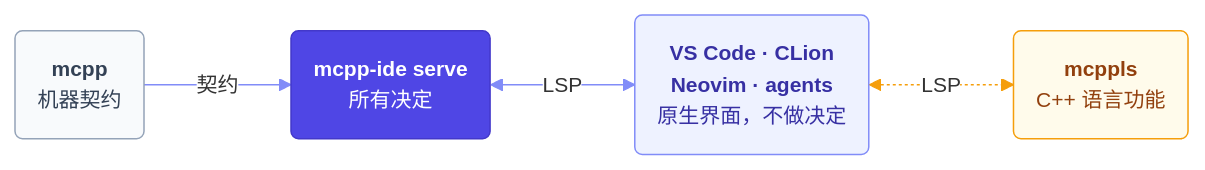
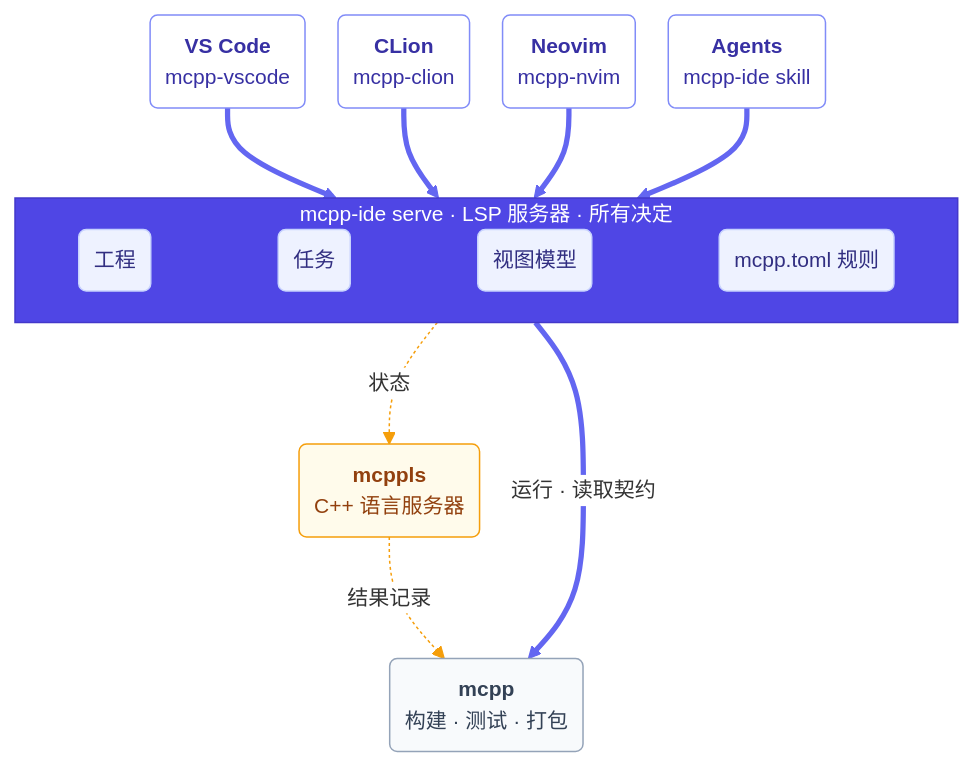
The diagram in README.zh-CN.md (mcpp-community/mcpp-ide), drawn with Mermaid before and after one commit. The commit also changed 2 other files, not shown here.

Commit message:
docs: the architecture as layers, each editor its own client
- The README's diagram is layered: the clients on top, each editor (VS Code, CLion, Neovim) and
  agents a node of its own with its own connection; the backend, mcpp-ide serve, as the layer every
  decision lives in, with its parts (projects, jobs, view models, the rules of mcpp.toml); mcpp at
  the bottom, which the backend runs and whose contract it reads; mcppls beside it, whose status the
  backend asks and which reads mcpp's result record.
- Colour carries ownership: indigo for mcpp-ide, amber for mcppls, slate for mcpp. Flowcharts draw
  curves again.

````diff
--- a/README.zh-CN.md
+++ b/README.zh-CN.md
@@ -28,14 +28,24 @@
 ```mermaid
-%%{init: {"theme": "base", "flowchart": {"curve": "linear", "rankSpacing": 70}, "themeVariables": {"fontFamily": "ui-sans-serif, system-ui, -apple-system, Segoe UI, sans-serif", "fontSize": "14px", "lineColor": "#818cf8", "edgeLabelBackground": "#ffffff"}}}%%
-flowchart LR
-    mcpp("<b>mcpp</b><br/>机器契约"):::ext
-    serve("<b>mcpp-ide serve</b><br/>所有决定"):::core
-    clients("<b>VS Code · CLion<br/>Neovim · agents</b><br/>原生界面，不做决定"):::ide
-    mcppls("<b>mcppls</b><br/>C++ 语言功能"):::ls
-    mcpp -- 契约 --> serve <-- LSP --> clients <-. LSP .-> mcppls
+%%{init: {"theme": "base", "flowchart": {"curve": "basis", "nodeSpacing": 22, "rankSpacing": 60, "padding": 10}, "themeVariables": {"fontFamily": "ui-sans-serif, system-ui, -apple-system, Segoe UI, sans-serif", "fontSize": "14px", "lineColor": "#6366f1", "edgeLabelBackground": "#ffffff"}}}%%
+flowchart TB
+    vscode("<b>VS Code</b><br/>mcpp-vscode"):::ide
+    clion("<b>CLion</b><br/>mcpp-clion"):::ide
+    nvim("<b>Neovim</b><br/>mcpp-nvim"):::ide
+    agent("<b>Agents</b><br/>mcpp-ide skill"):::ide
+    subgraph backend ["mcpp-ide serve · LSP 服务器 · 所有决定"]
+        direction LR
+        projects("工程"):::part ~~~ jobs("任务"):::part ~~~ views("视图模型"):::part ~~~ rules("mcpp.toml 规则"):::part
+    end
+    mcppls("<b>mcppls</b><br/>C++ 语言服务器"):::ls
+    mcpp("<b>mcpp</b><br/>构建 · 测试 · 打包"):::ext
+    vscode & clion & nvim & agent ==> backend
+    backend -. "状态" .-> mcppls
+    backend == "运行 · 读取契约" ==> mcpp
+    mcppls -. "结果记录" .-> mcpp
+    classDef ide fill:#ffffff,stroke:#818cf8,color:#3730a3
+    classDef part fill:#eef2ff,stroke:#c7d2fe,color:#312e81
     classDef ext fill:#f8fafc,stroke:#94a3b8,color:#334155
-    classDef core fill:#4f46e5,stroke:#4338ca,color:#ffffff
-    classDef ide fill:#eef2ff,stroke:#818cf8,color:#3730a3
     classDef ls fill:#fffbeb,stroke:#f59e0b,color:#92400e
-    linkStyle 2 stroke:#f59e0b
+    style backend fill:#4f46e5,stroke:#4338ca,color:#ffffff
+    linkStyle 7,9 stroke:#f59e0b
 ```
````
